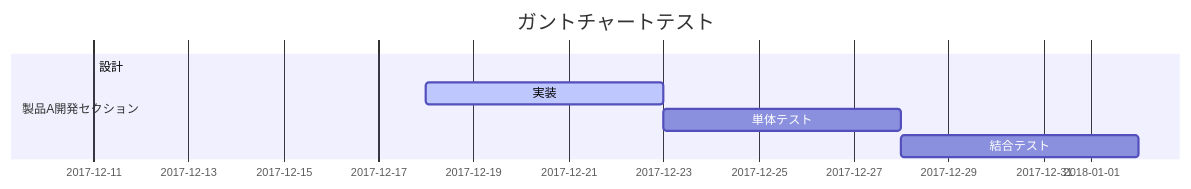
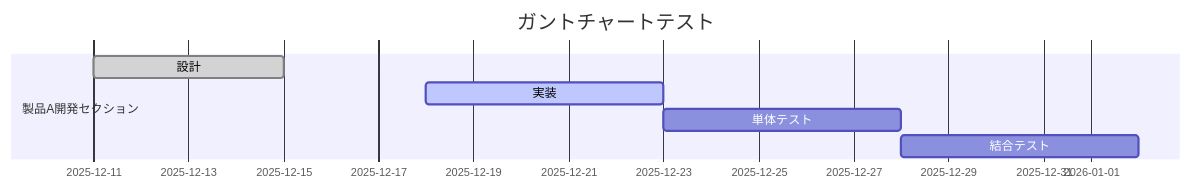
One commit to tohshige/ryLogin changed the third of 3 diagrams in README.md. Above: the diagram before and after it, drawn with Mermaid.

````diff
--- a/README.md
+++ b/README.md
@@ -16,10 +16,10 @@
 ```mermaid
 gantt
   title ガントチャートテスト
   dateFormat MM-DD
   section 製品A開発セクション
-  設計       : done,   task1, 2017-12-11,  2017-12-15
-  実装       : active, task2, 2017-12-18,  5d
+  設計       : done,   task1, 12-11,  12-15
+  実装       : active, task2, 12-18,  5d
   単体テスト  :         task3, after task2, 5d
   結合テスト  :         task4, after task3, 5d
   ```
````
